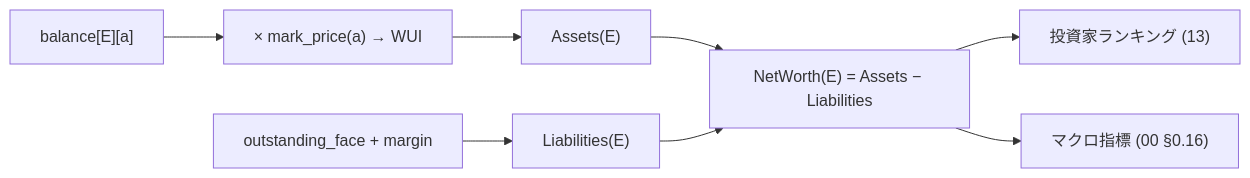
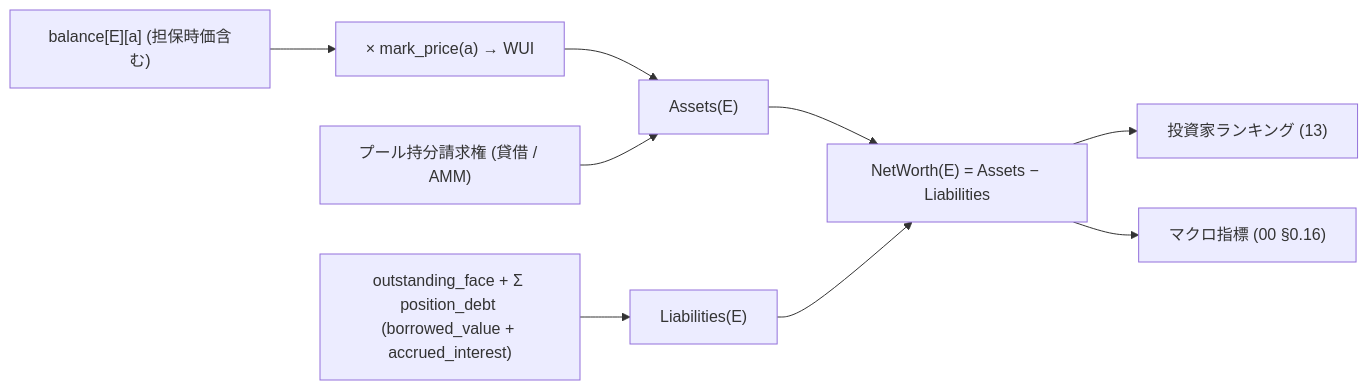
The third of 6 diagrams in doc/08-economy-and-ledger.md (h4ribote/FinBox), drawn with Mermaid before and after one commit. The commit also changed other lines of this file and 28 other files, not shown here.

````diff
--- a/doc/08-economy-and-ledger.md
+++ b/doc/08-economy-and-ledger.md
@@ -330,10 +338,11 @@
 ```mermaid
 flowchart LR
-  BAL["balance[E][a]"] --> MK["× mark_price(a) → WUI"]
+  BAL["balance[E][a] (担保時価含む)"] --> MK["× mark_price(a) → WUI"]
   MK --> ASS["Assets(E)"]
-  LIA["outstanding_face + margin"] --> LB["Liabilities(E)"]
+  SHARE["プール持分請求権 (貸借 / AMM)"] --> ASS
+  LIA["outstanding_face + Σ position_debt (borrowed_value + accrued_interest)"] --> LB["Liabilities(E)"]
   ASS --> NW["NetWorth(E) = Assets − Liabilities"]
   LB --> NW
   NW --> RANK["投資家ランキング (13)"]
   NW --> MAC["マクロ指標 (00 §0.16)"]
 ```
````
